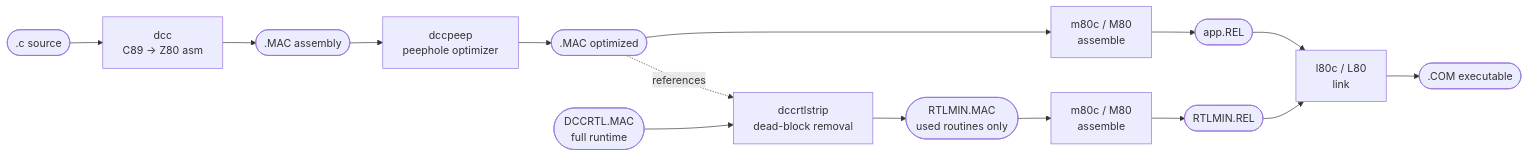
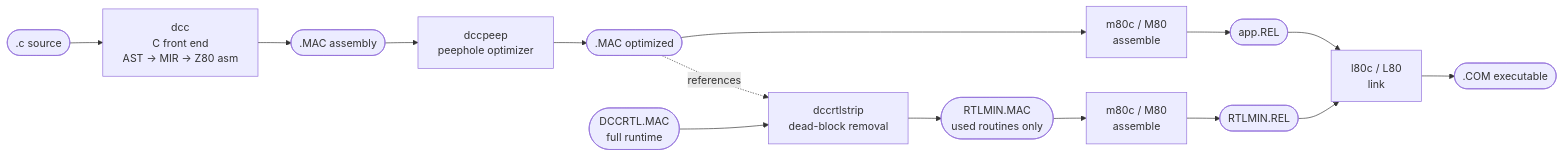
Before and after one commit to davidly/dcc: the first of 5 diagrams in docs/docs/en/appendix/00-architecture.md, drawn with Mermaid. The commit also changed other lines of this file, not shown here.

First line of the commit message:
docs: describe the AST/MIR compiler architecture

````diff
--- a/docs/docs/en/appendix/00-architecture.md
+++ b/docs/docs/en/appendix/00-architecture.md
@@ -30,17 +30,17 @@
 ```mermaid
 flowchart LR
-    SRC([".c source"]) --> DCC["dcc<br/>C89 -> Z80 asm"]
+    SRC([".c source"]) --> DCC["dcc<br/>C front end<br/>AST -> MIR -> Z80 asm"]
     DCC --> MAC([".MAC assembly"])
     MAC --> PEEP["dccpeep<br/>peephole optimizer"]
     PEEP --> MAC2([".MAC optimized"])
     MAC2 --> M80A["m80c / M80<br/>assemble"]
     RTL([" DCCRTL.MAC<br/>full runtime"]) --> STRIP["dccrtlstrip<br/>dead-block removal"]
     MAC2 -. references .-> STRIP
     STRIP --> RTLMIN([" RTLMIN.MAC<br/>used routines only"])
     RTLMIN --> M80B["m80c / M80<br/>assemble"]
     M80A --> REL([" app.REL"])
     M80B --> RRTL([" RTLMIN.REL"])
     REL --> L80["l80c / L80<br/>link"]
     RRTL --> L80
     L80 --> COM([".COM executable"])
 ```
````
